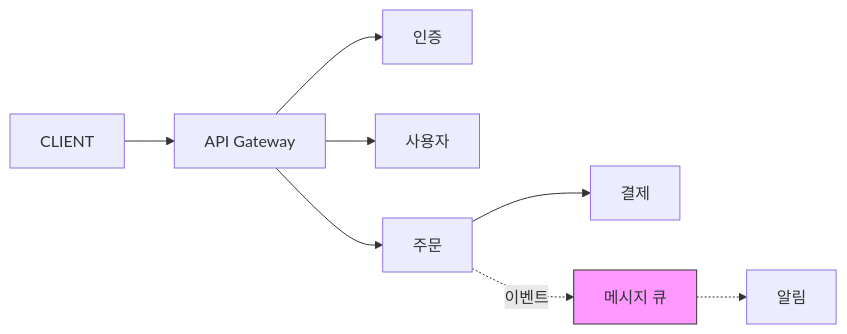
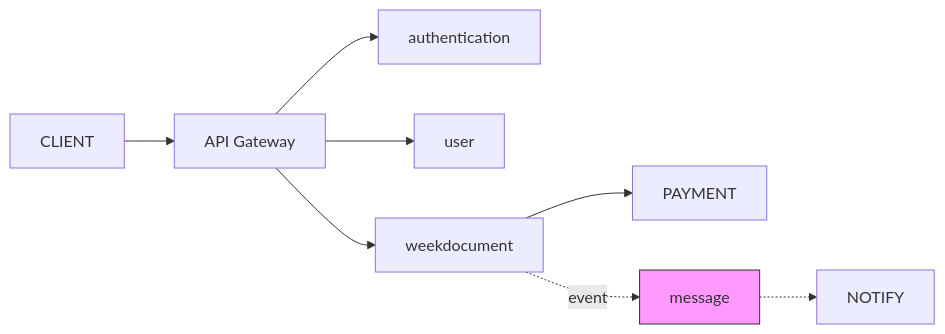
The second of 9 diagrams in harnesses/communication/technical-writer/skills/diagram-patterns/skill.md (chodolmu/taskforge-pro), drawn with Mermaid before and after one commit. The commit also changed other lines of this file and 952 other files, not shown here.

````diff
--- a/harnesses/communication/technical-writer/skills/diagram-patterns/skill.md
+++ b/harnesses/communication/technical-writer/skills/diagram-patterns/skill.md
@@ -39,11 +39,11 @@
 ```mermaid
 graph LR
-    CLIENT --> GW[API Gateway]
-    GW --> AUTH[인증]
-    GW --> USER[사용자]
-    GW --> ORDER[주문]
-    ORDER --> PAYMENT[결제]
-    ORDER -.->|이벤트| MQ[메시지 큐]
-    MQ -.-> NOTIFY[알림]
-    style MQ fill:#f9f,stroke:#333
+ CLIENT --> GW[API Gateway]
+ GW --> AUTH[authentication]
+ GW --> USER[user]
+ GW --> ORDER[weekdocument]
+ ORDER --> PAYMENT
+ ORDER -.->|event| MQ[message ]
+ MQ -.-> NOTIFY
+ style MQ fill:#f9f,stroke:#333
 ```
````
